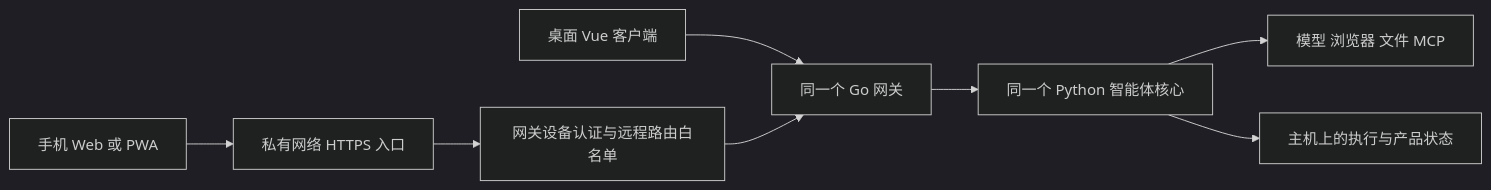
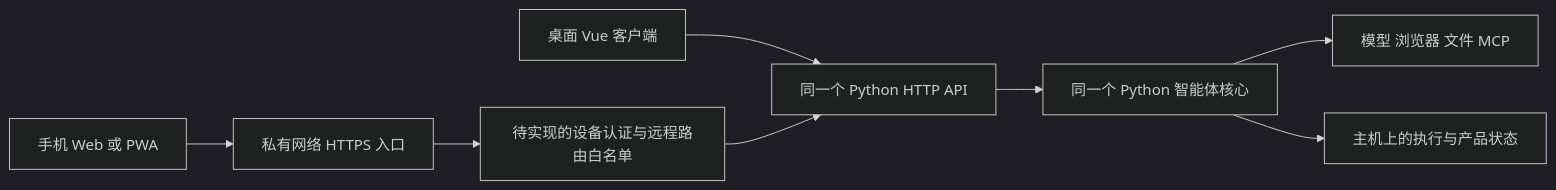
One commit to Mime-AL/MaigoKite changed the diagram in docs/design/RemoteAccess.md. Above: the diagram before and after it, drawn with Mermaid (dark theme). The commit also changed other lines of this file and 105 other files, not shown here.

````diff
--- a/docs/design/RemoteAccess.md
+++ b/docs/design/RemoteAccess.md
@@ -36,10 +36,10 @@
 ```mermaid
 flowchart LR
-    Desktop[桌面 Vue 客户端] --> Gateway[同一个 Go 网关]
+    Desktop[桌面 Vue 客户端] --> API[同一个 Python HTTP API]
     Phone[手机 Web 或 PWA] --> Access[私有网络 HTTPS 入口]
-    Access --> Device[网关设备认证与远程路由白名单]
-    Device --> Gateway
-    Gateway --> Core[同一个 Python 智能体核心]
+    Access --> Device[待实现的设备认证与远程路由白名单]
+    Device --> API
+    API --> Core[同一个 Python 智能体核心]
     Core --> Tools[模型 浏览器 文件 MCP]
     Core --> State[主机上的执行与产品状态]
 ```
````
